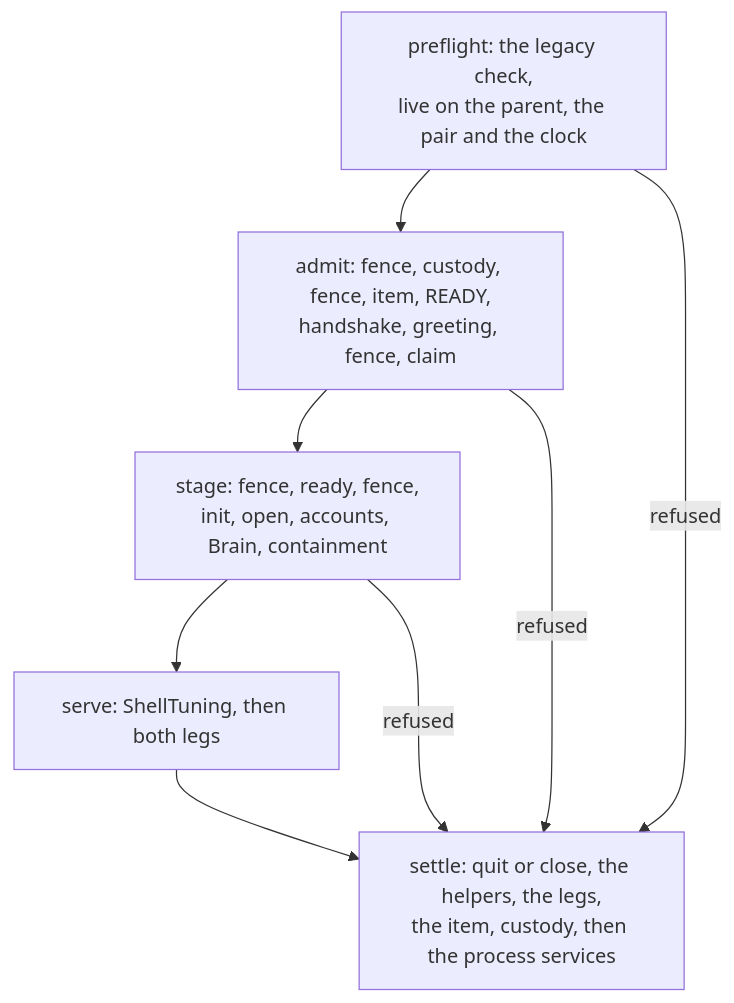
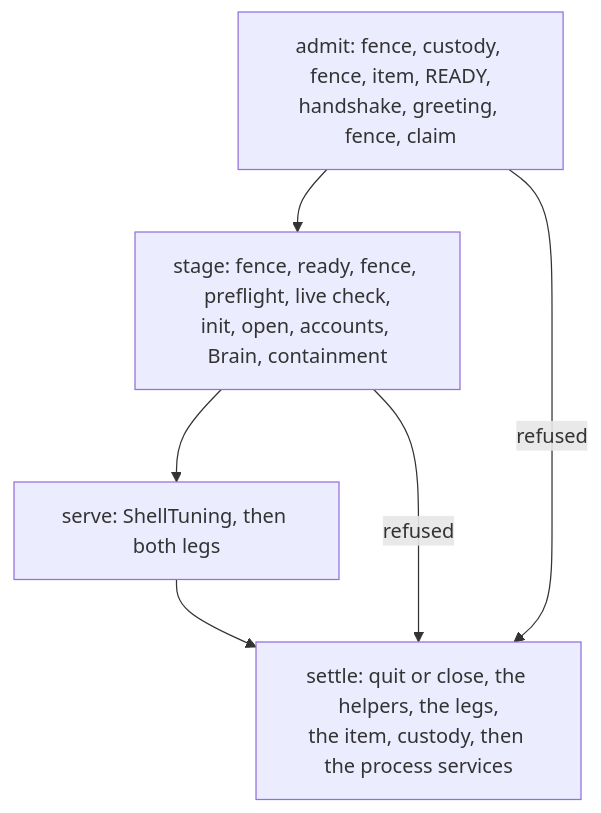
Before and after one commit to labcoder/capsula: the third of 9 diagrams in docs/development/architecture.md, drawn with Mermaid. The commit also changed other lines of this file and 10 other files, not shown here.

Commit message:
fix(brain): run the legacy check after authentication and recheck the session after it

````diff
--- a/docs/development/architecture.md
+++ b/docs/development/architecture.md
@@ -188,12 +190,10 @@
 ```mermaid
 flowchart TD
-  preflight["preflight: the legacy check,<br/>live on the parent, the pair and the clock"]
   admit["admit: fence, custody, fence, item, READY,<br/>handshake, greeting, fence, claim"]
-  stage["stage: fence, ready, fence,<br/>init, open, accounts, Brain, containment"]
+  stage["stage: fence, ready, fence, preflight, live check,<br/>init, open, accounts, Brain, containment"]
   serve["serve: ShellTuning, then both legs"]
   settle["settle: quit or close, the helpers, the legs,<br/>the item, custody, then the process services"]
-  preflight --> admit --> stage --> serve --> settle
-  preflight -- refused --> settle
+  admit --> stage --> serve --> settle
   admit -- refused --> settle
   stage -- refused --> settle
 ```
````
